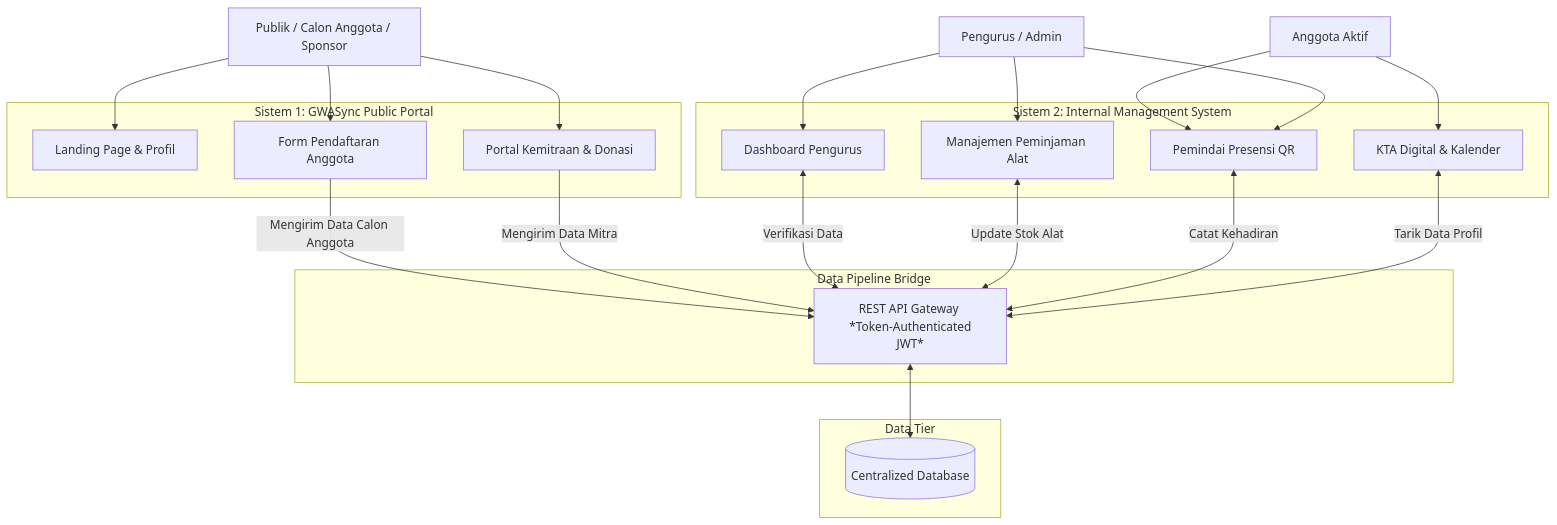
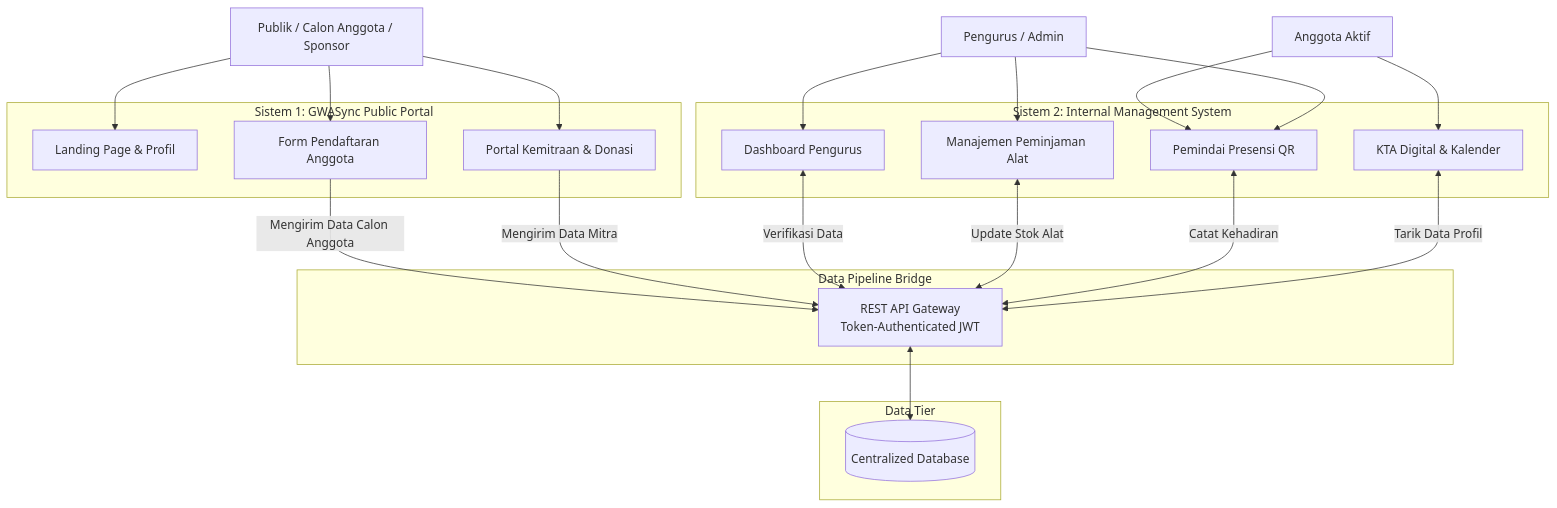
Before and after one commit to Rustydinoco/GWASync-Internal: the first of 2 diagrams in Documentation/GWASync_Implementation_Plan (2).md, drawn with Mermaid. The commit also changed other lines of this file and 123 other files, not shown here.

````diff
--- a/Documentation/GWASync_Implementation_Plan (2).md
+++ b/Documentation/GWASync_Implementation_Plan (2).md
@@ -22,56 +22,56 @@
 ```mermaid
 graph TD
     %% Aktor
     Pub[Publik / Calon Anggota / Sponsor]
     Ang[Anggota Aktif]
     Peng[Pengurus / Admin]
 
     %% Front-End Sistem 1
-    subgraph Sistem 1: GWASync Public Portal
+    subgraph S1 [Sistem 1: GWASync Public Portal]
         P1[Landing Page & Profil]
         P2[Form Pendaftaran Anggota]
         P3[Portal Kemitraan & Donasi]
     end
 
     %% Front-End Sistem 2
-    subgraph Sistem 2: Internal Management System
+    subgraph S2 [Sistem 2: Internal Management System]
         I1[Dashboard Pengurus]
         I2[Manajemen Peminjaman Alat]
         I3[Pemindai Presensi QR]
         I4[KTA Digital & Kalender]
     end
 
     %% Middleware / Bridge
-    subgraph Data Pipeline Bridge
-        API[REST API Gateway <br> *Token-Authenticated JWT*]
+    subgraph Bridge [Data Pipeline Bridge]
+        API[REST API Gateway <br> Token-Authenticated JWT]
     end
 
     %% Database Terpusat
-    subgraph Data Tier
+    subgraph DB_Tier [Data Tier]
         DB[(Centralized Database)]
     end
 
     %% Interaksi Aktor ke Sistem
     Pub --> P1
     Pub --> P2
     Pub --> P3
 
     Ang --> I4
     Ang --> I3
     
     Peng --> I1
     Peng --> I2
     Peng --> I3
 
     %% Interaksi Sistem ke API
-    P2 -- Mengirim Data Calon Anggota --> API
-    P3 -- Mengirim Data Mitra --> API
+    P2 -->|Mengirim Data Calon Anggota| API
+    P3 -->|Mengirim Data Mitra| API
     
-    I1 <-- Verifikasi Data --> API
-    I2 <-- Update Stok Alat --> API
-    I3 <-- Catat Kehadiran --> API
-    I4 <-- Tarik Data Profil --> API
+    I1 <-->|Verifikasi Data| API
+    I2 <-->|Update Stok Alat| API
+    I3 <-->|Catat Kehadiran| API
+    I4 <-->|Tarik Data Profil| API
 
     %% API ke Database
     API <--> DB
 ```
````
